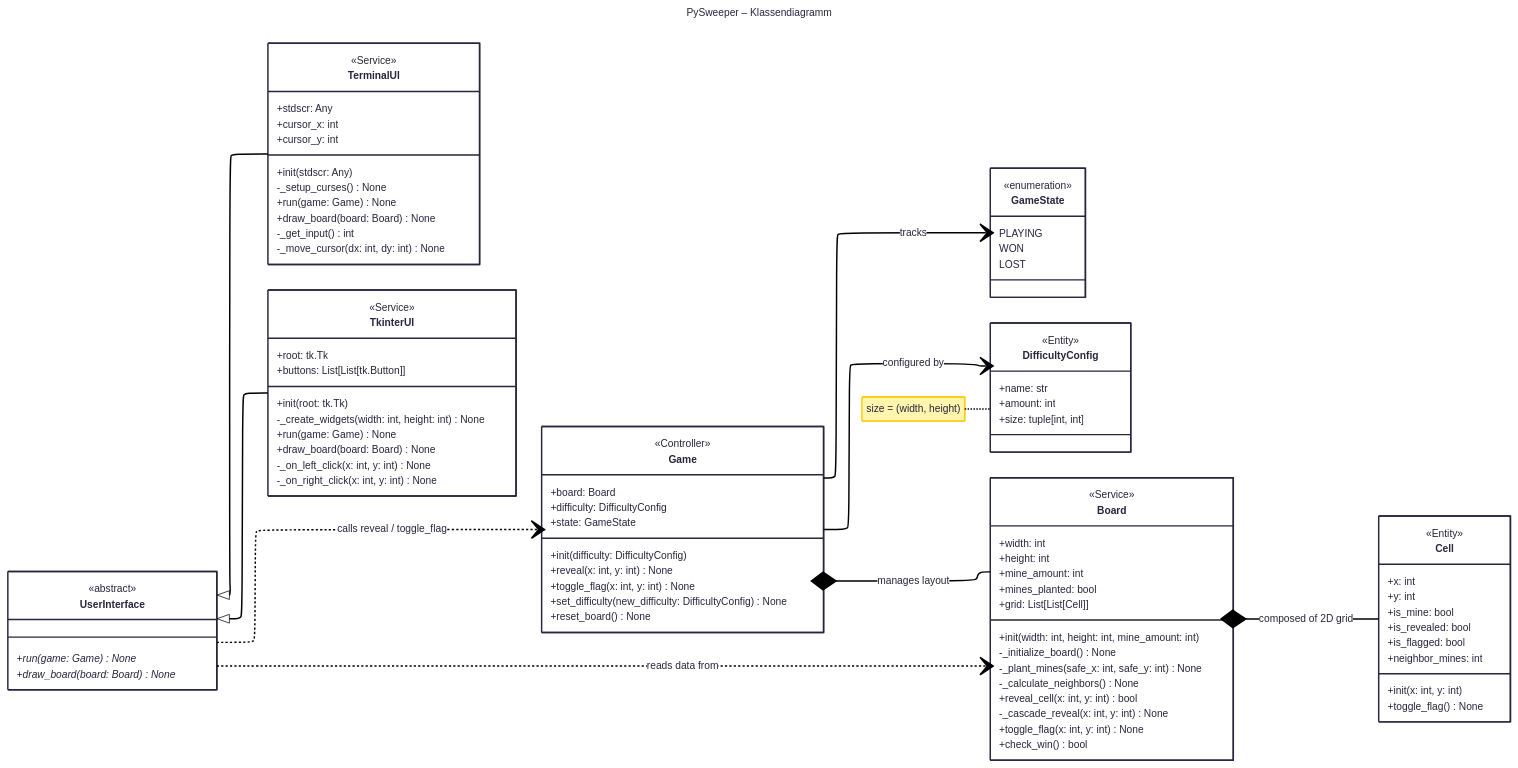
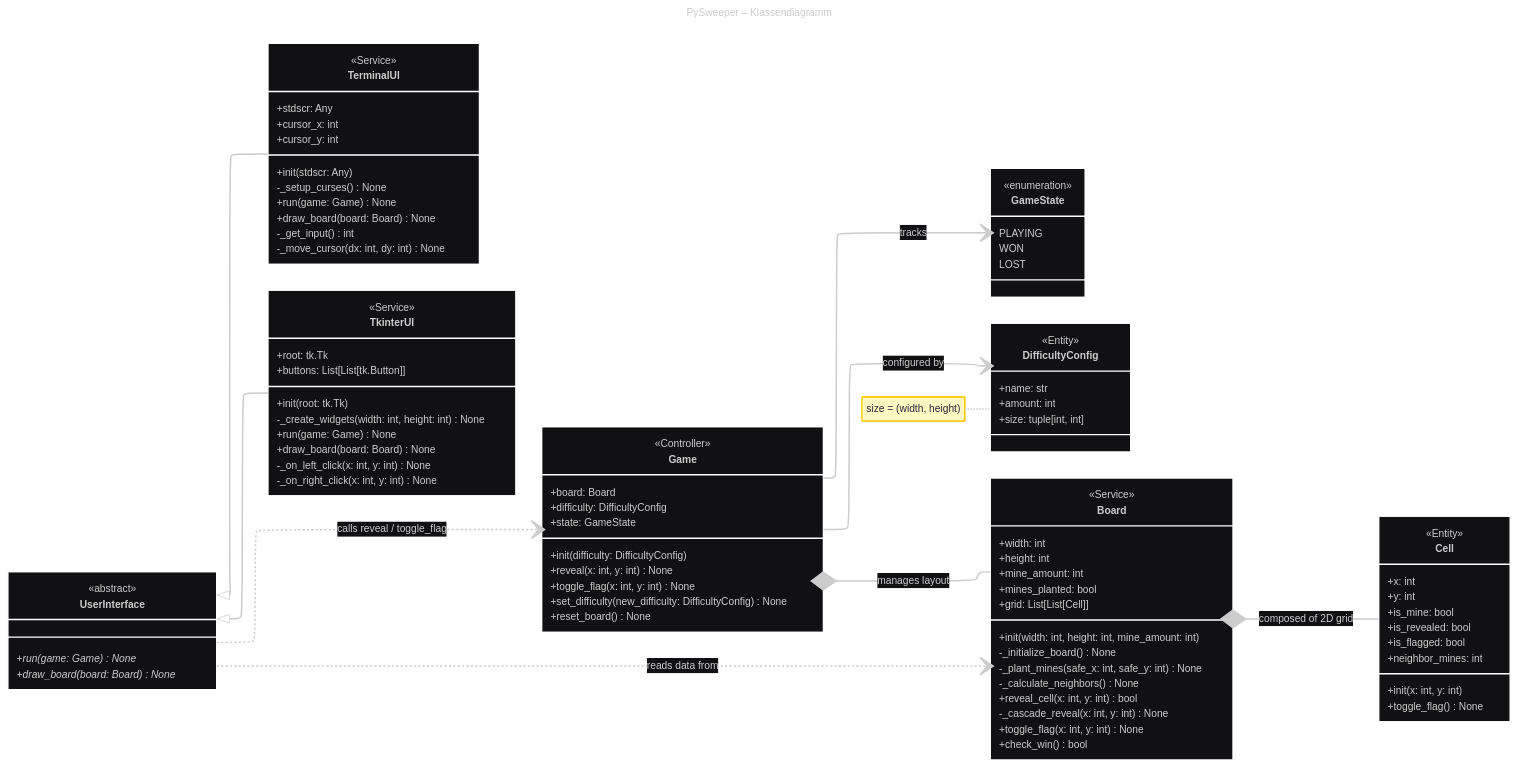
The diagram in pysweeper-class-diagram.mmd (hydrUsD/pysweeper), drawn with Mermaid before and after one commit.

Commit message:
Change theme to redux-dark-color in class diagram

```diff
--- a/pysweeper-class-diagram.mmd
+++ b/pysweeper-class-diagram.mmd
@@ -1,104 +1,104 @@
 ---
 title: PySweeper – Klassendiagramm
 config:
   layout: elk
-  theme: redux
+  theme: redux-dark-color
 ---
 classDiagram
     direction LR
 
     class Game {
         <<Controller>>
         +board: Board
         +difficulty: DifficultyConfig
         +state: GameState
         +init(difficulty: DifficultyConfig)
         +reveal(x: int, y: int) None
         +toggle_flag(x: int, y: int) None
         +set_difficulty(new_difficulty: DifficultyConfig) None
         +reset_board() None
     }
 
     class GameState {
         <<enumeration>>
         PLAYING
         WON
         LOST
     }
 
     class DifficultyConfig {
         <<Entity>>
         +name: str
         +amount: int
         +size: tuple[int, int]
     }
     note for DifficultyConfig "size = (width, height)"
 
     class Board {
         <<Service>>
         +width: int
         +height: int
         +mine_amount: int
         +mines_planted: bool
         +grid: List[List[Cell]]
         +init(width: int, height: int, mine_amount: int)
         -_initialize_board() None
         -_plant_mines(safe_x: int, safe_y: int) None
         -_calculate_neighbors() None
         +reveal_cell(x: int, y: int) bool
         -_cascade_reveal(x: int, y: int) None
         +toggle_flag(x: int, y: int) None
         +check_win() bool
     }
 
     class Cell {
         <<Entity>>
         +x: int
         +y: int
         +is_mine: bool
         +is_revealed: bool
         +is_flagged: bool
         +neighbor_mines: int
         +init(x: int, y: int)
         +toggle_flag() None
     }
 
     class UserInterface {
         <<abstract>>
         +run(game: Game)* None
         +draw_board(board: Board)* None
     }
 
     class TerminalUI {
         <<Service>>
         +stdscr: Any
         +cursor_x: int
         +cursor_y: int
         +init(stdscr: Any)
         -_setup_curses() None
         +run(game: Game) None
         +draw_board(board: Board) None
         -_get_input() int
         -_move_cursor(dx: int, dy: int) None
     }
 
     class TkinterUI {
         <<Service>>
         +root: tk.Tk
         +buttons: List[List[tk.Button]]
         +init(root: tk.Tk)
         -_create_widgets(width: int, height: int) None
         +run(game: Game) None
         +draw_board(board: Board) None
         -_on_left_click(x: int, y: int) None
         -_on_right_click(x: int, y: int) None
     }
 
     Game *-- Board : manages layout
     Game --> DifficultyConfig : configured by
     Game --> GameState : tracks
     Board *-- Cell : composed of 2D grid
     UserInterface <|-- TerminalUI
     UserInterface <|-- TkinterUI
     UserInterface ..> Game : calls reveal / toggle_flag
     UserInterface ..> Board : reads data from
```
